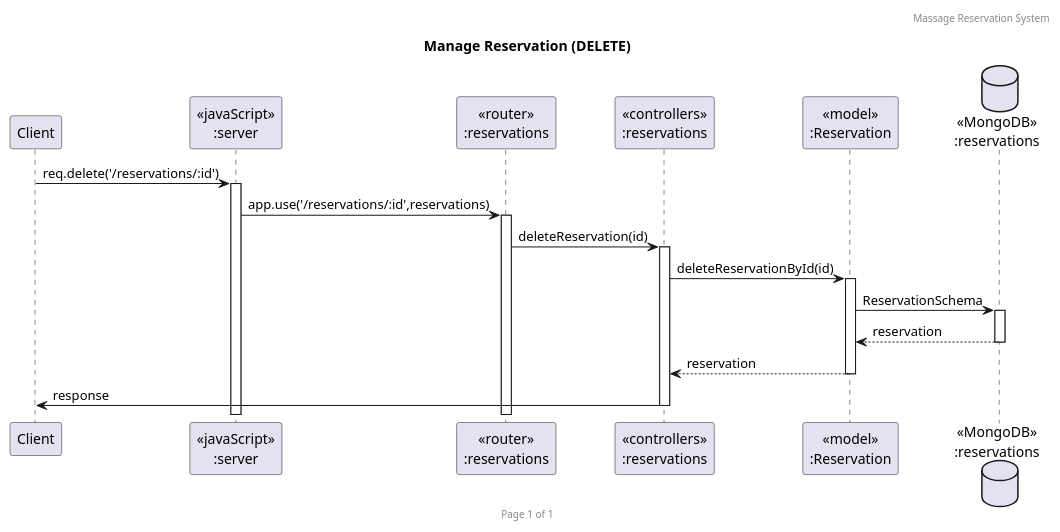
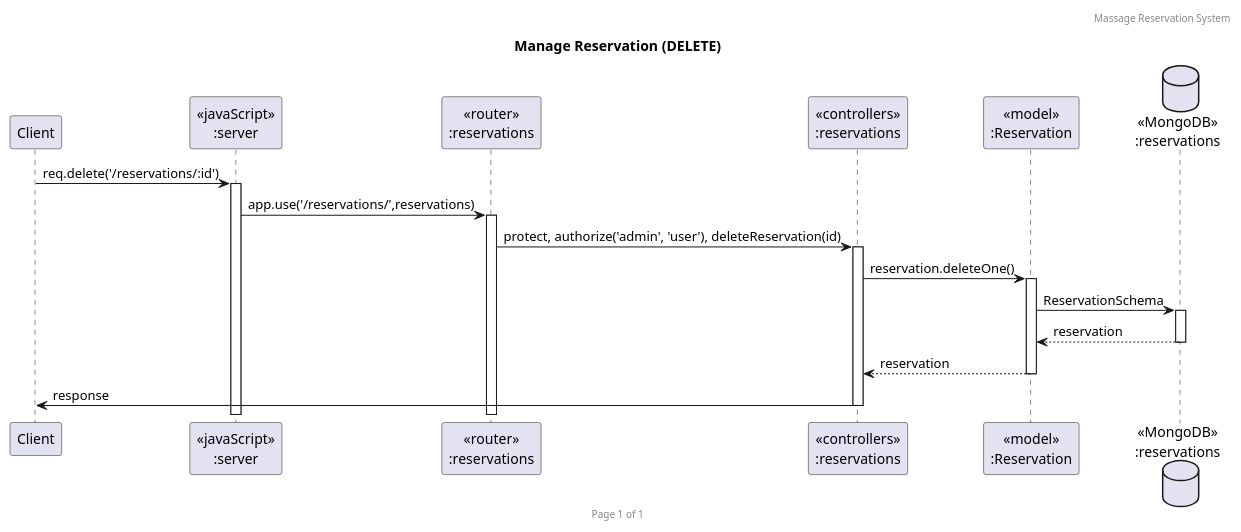
Before and after one commit to 2110503TACEDT66/presentation-day-1-kalaeksi-phloeng-rachan: the diagram in uml/SequenceDiagram/Reservation/delete.puml, drawn with PlantUML. The commit also changed 9 other files, not shown here.

Commit message:
fix uml diagram

```diff
--- a/uml/SequenceDiagram/Reservation/delete.puml
+++ b/uml/SequenceDiagram/Reservation/delete.puml
@@ -1,23 +1,23 @@
 @startuml Manage Reservation (DELETE)
 
 header Massage Reservation System
 footer Page %page% of %lastpage%
 title "Manage Reservation (DELETE)"
 
 participant "Client" as client
 participant "<<javaScript>>\n:server" as server
 participant "<<router>>\n:reservations" as routerReservations
 participant "<<controllers>>\n:reservations" as controllersReservations
 participant "<<model>>\n:Reservation" as modelReservation
 database "<<MongoDB>>\n:reservations" as ReservationsDatabase
 
 client->server ++:req.delete('/reservations/:id')
-server->routerReservations ++:app.use('/reservations/:id',reservations)
-routerReservations -> controllersReservations ++:deleteReservation(id)
-controllersReservations->modelReservation ++:deleteReservationById(id)
+server->routerReservations ++:app.use('/reservations/',reservations)
+routerReservations -> controllersReservations ++:protect, authorize('admin', 'user'), deleteReservation(id)
+controllersReservations->modelReservation ++:reservation.deleteOne()
 modelReservation ->ReservationsDatabase ++: ReservationSchema
 ReservationsDatabase --> modelReservation --: reservation
 controllersReservations <-- modelReservation --:reservation
 controllersReservations->client --:response
 
 @enduml
```
